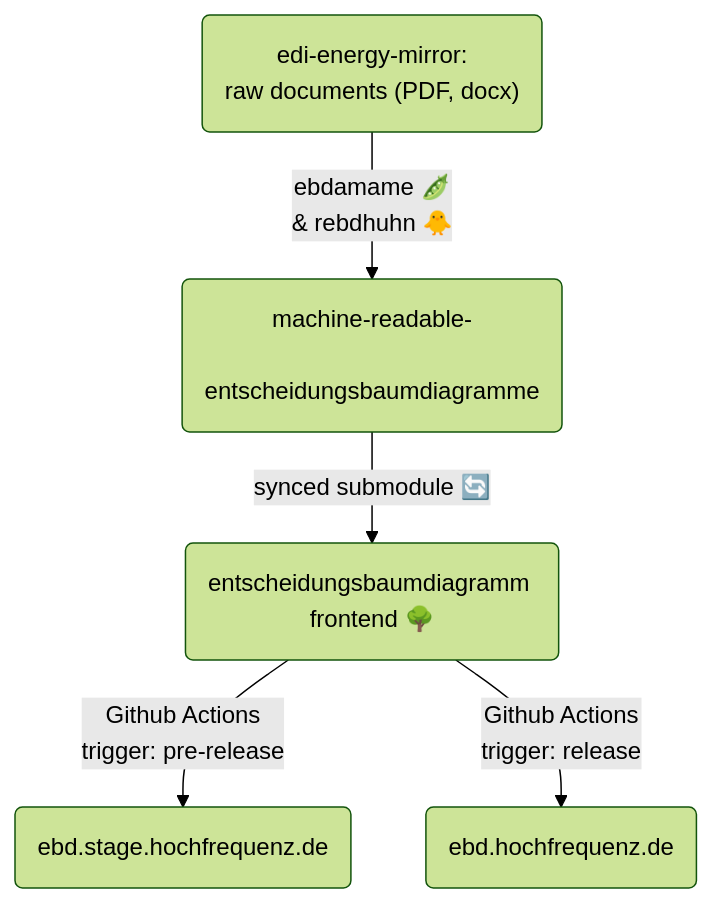
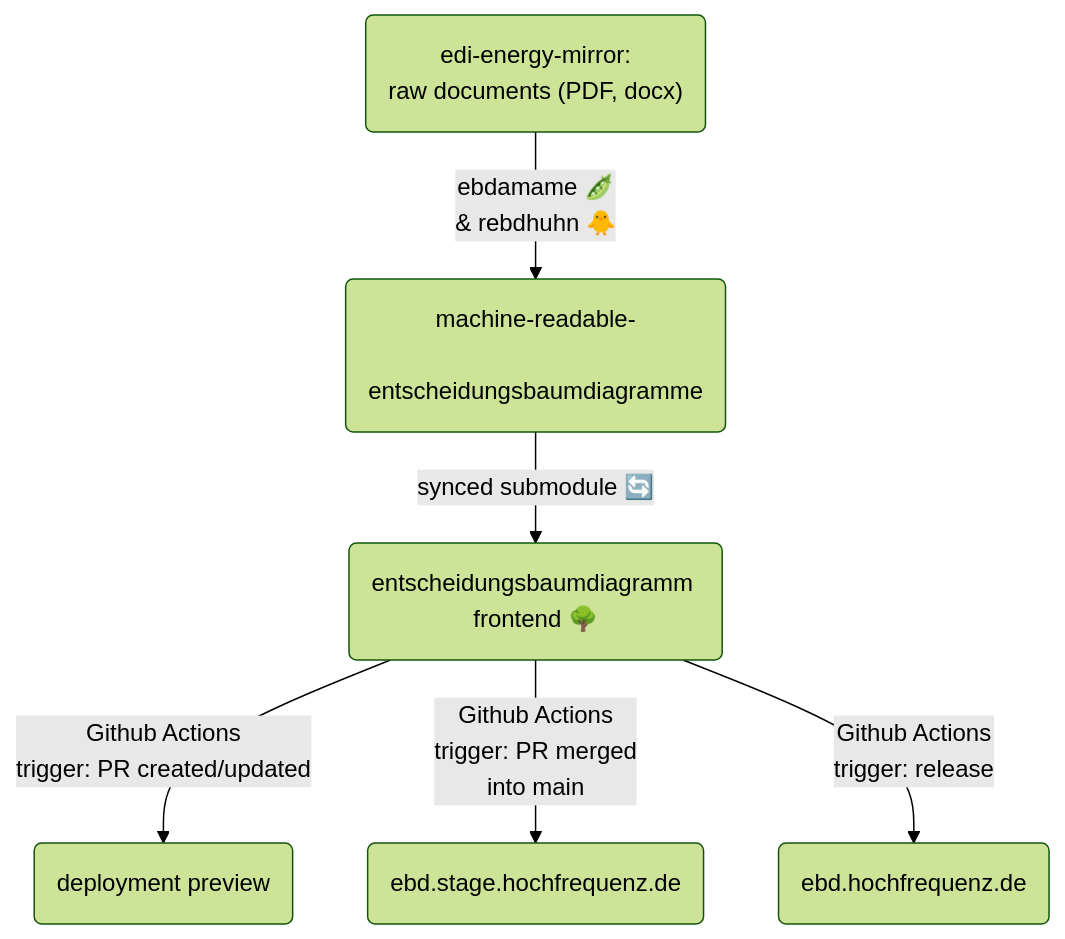
One commit to Hochfrequenz/entscheidungsbaumdiagramme changed the diagram in README.md. Above: the diagram before and after it, drawn with Mermaid (forest theme).

Commit message:
Update mermaid again

````diff
--- a/README.md
+++ b/README.md
@@ -49,12 +49,15 @@
 ```mermaid
 flowchart TD
     A("edi-energy-mirror:
     raw documents (PDF, docx)") -->|ebdamame 🫛
     & rebdhuhn 🐥| B("machine-readable-
     entscheidungsbaumdiagramme")
     B -->|synced submodule 🔄| C("entscheidungsbaumdiagramm frontend 🌳")
     C -->|Github Actions
-    trigger: pre-release| D("ebd.stage.hochfrequenz.de")
+    trigger: PR created/updated| D("deployment preview")
     C -->|Github Actions
-    trigger: release| E("ebd.hochfrequenz.de")
+    trigger: PR merged
+    into main| E("ebd.stage.hochfrequenz.de")
+    C -->|Github Actions
+    trigger: release| F("ebd.hochfrequenz.de")
 ```
````
